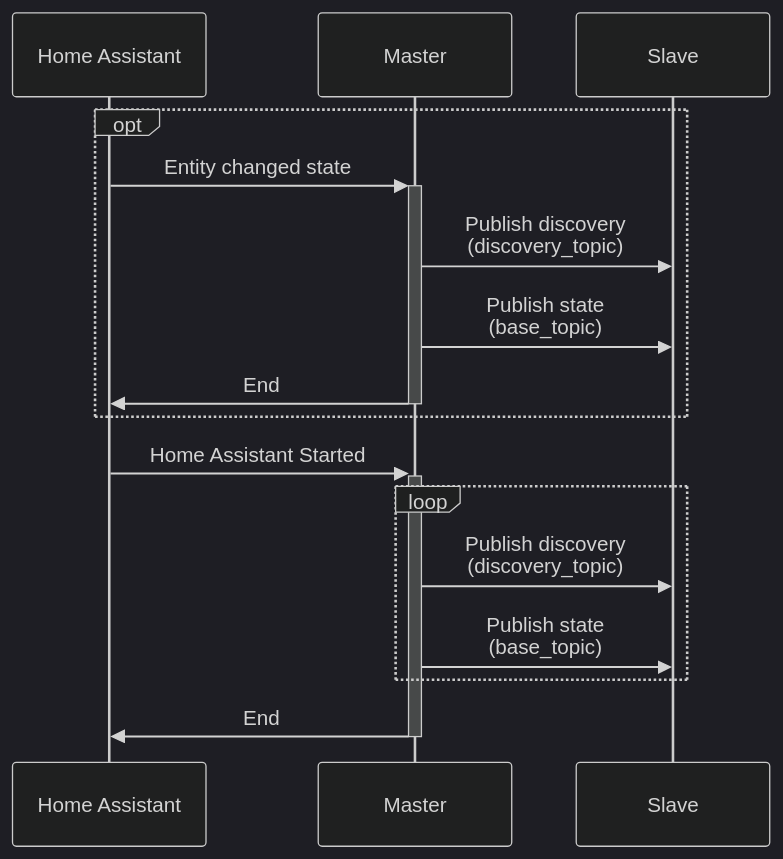
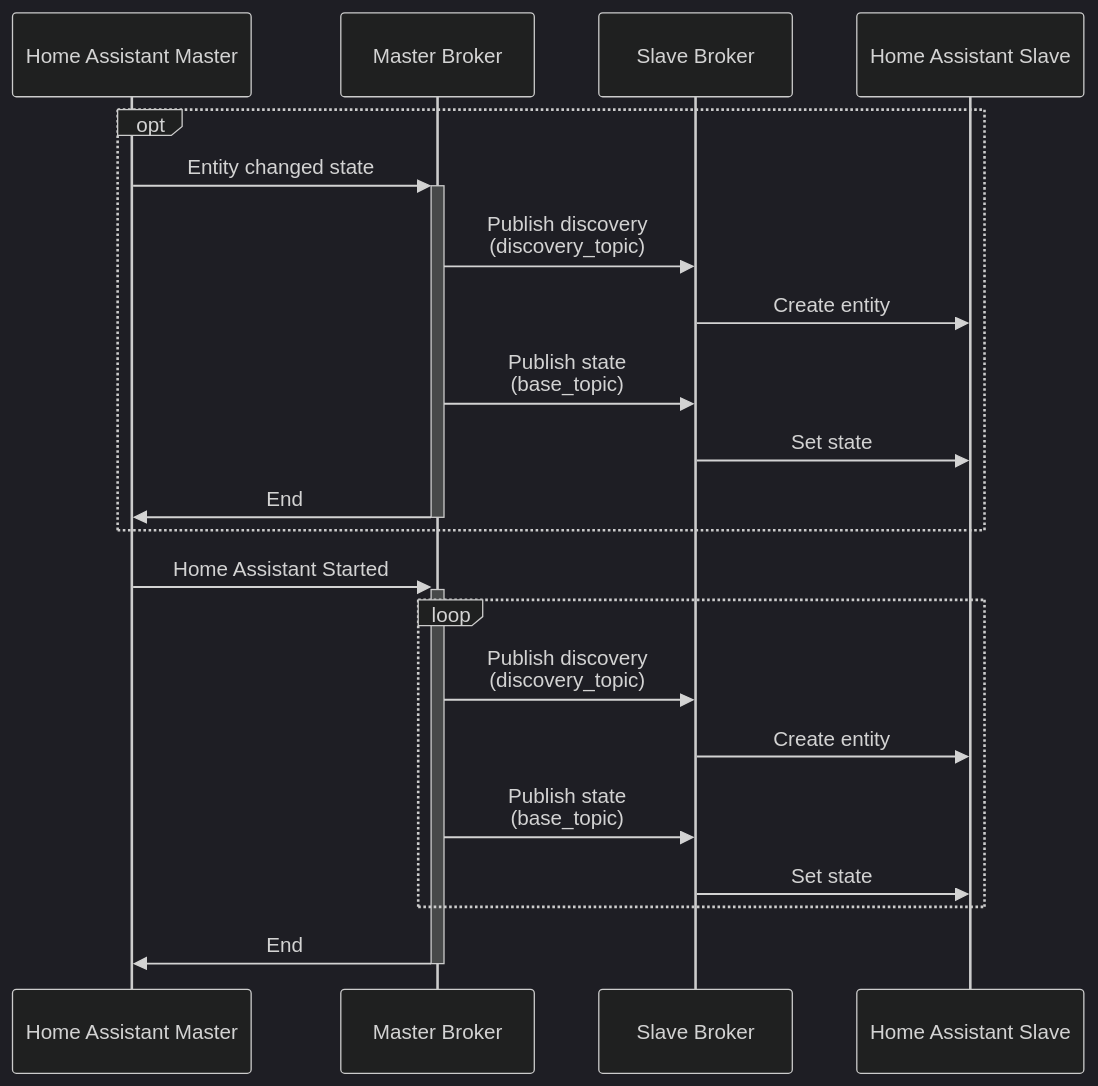
The first of 2 diagrams in README.md (RogerSelwyn/mqtt_discoverystream_ha), drawn with Mermaid (dark theme) before and after one commit. The commit also changed other lines of this file, not shown here.

Commit message:
doc: Updated mermaid charts

````diff
--- a/README.md
+++ b/README.md
@@ -98,18 +98,23 @@
 ```mermaid
 sequenceDiagram
-participant H as Home Assistant
-participant M as Master
-participant S as Slave
+participant H as Home Assistant Master
+participant M as Master Broker
+participant S as Slave Broker
+participant R as Home Assistant Slave
 opt
   H->>+M: Entity changed state
   M->>S: Publish discovery<br/>(discovery_topic)
+  S->>R: Create entity
   M->>S: Publish state<br/>(base_topic)
+  S->>R: Set state
   M->>-H: End
 end
 H->>+M: Home Assistant Started
 loop 
   M->>S: Publish discovery<br/>(discovery_topic)
+  S->>R: Create entity
   M->>S: Publish state<br/>(base_topic)
+  S->>R: Set state
 end
 M->>-H: End
 ```
````
